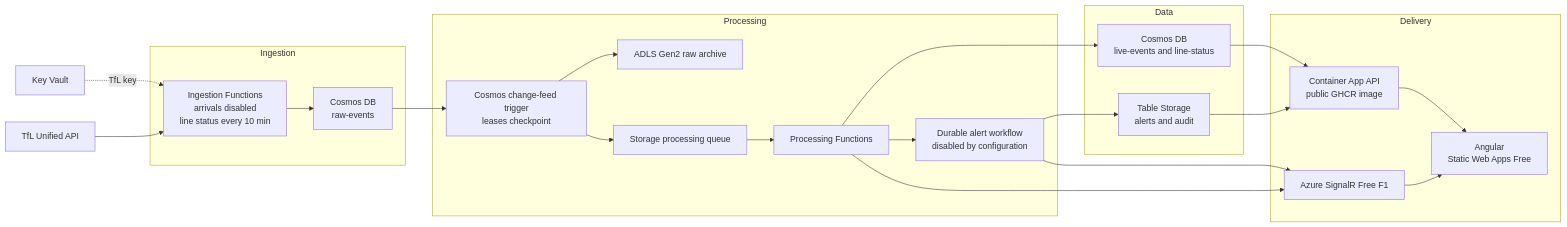
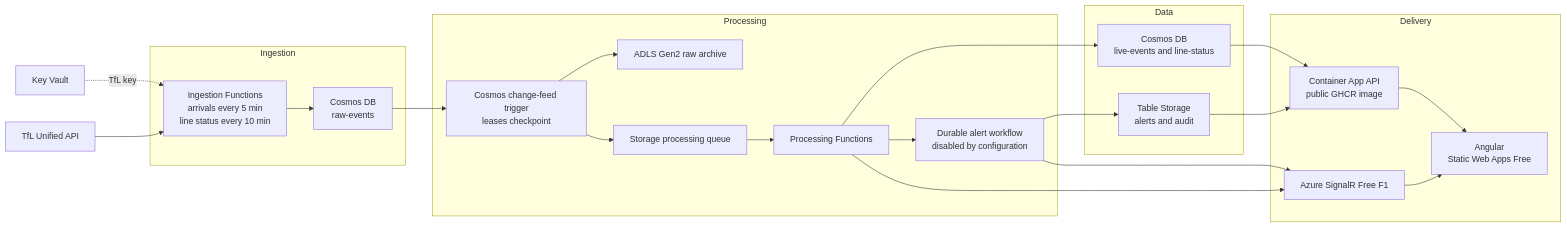
Before and after one commit to sses79/tfl-analytics: the diagram in docs/architecture/architecture-diagram.md, drawn with Mermaid. The commit also changed 9 other files, not shown here.

````diff
--- a/docs/architecture/architecture-diagram.md
+++ b/docs/architecture/architecture-diagram.md
@@ -8,46 +8,46 @@
 ```mermaid
 flowchart LR
     TFL[TfL Unified API]
     KV[Key Vault]
 
     subgraph Ingestion
-        TIMER[Ingestion Functions<br/>arrivals disabled<br/>line status every 10 min]
+        TIMER[Ingestion Functions<br/>arrivals every 5 min<br/>line status every 10 min]
         RAW[Cosmos DB<br/>raw-events]
     end
 
     subgraph Processing
         CHANGE[Cosmos change-feed trigger<br/>leases checkpoint]
         BLOB[ADLS Gen2 raw archive]
         QUEUE[Storage processing queue]
         WORKER[Processing Functions]
         ALERTS[Durable alert workflow<br/>disabled by configuration]
     end
 
     subgraph Data
         CURRENT[Cosmos DB<br/>live-events and line-status]
         TABLES[Table Storage<br/>alerts and audit]
     end
 
     subgraph Delivery
         API[Container App API<br/>public GHCR image]
         SIGNALR[Azure SignalR Free F1]
         WEB[Angular<br/>Static Web Apps Free]
     end
 
     KV -. TfL key .-> TIMER
     TFL --> TIMER
     TIMER --> RAW
     RAW --> CHANGE
     CHANGE --> BLOB
     CHANGE --> QUEUE
     QUEUE --> WORKER
     WORKER --> CURRENT
     WORKER --> ALERTS
     ALERTS --> TABLES
     WORKER --> SIGNALR
     ALERTS --> SIGNALR
     CURRENT --> API
     TABLES --> API
     API --> WEB
     SIGNALR --> WEB
 ```
````
